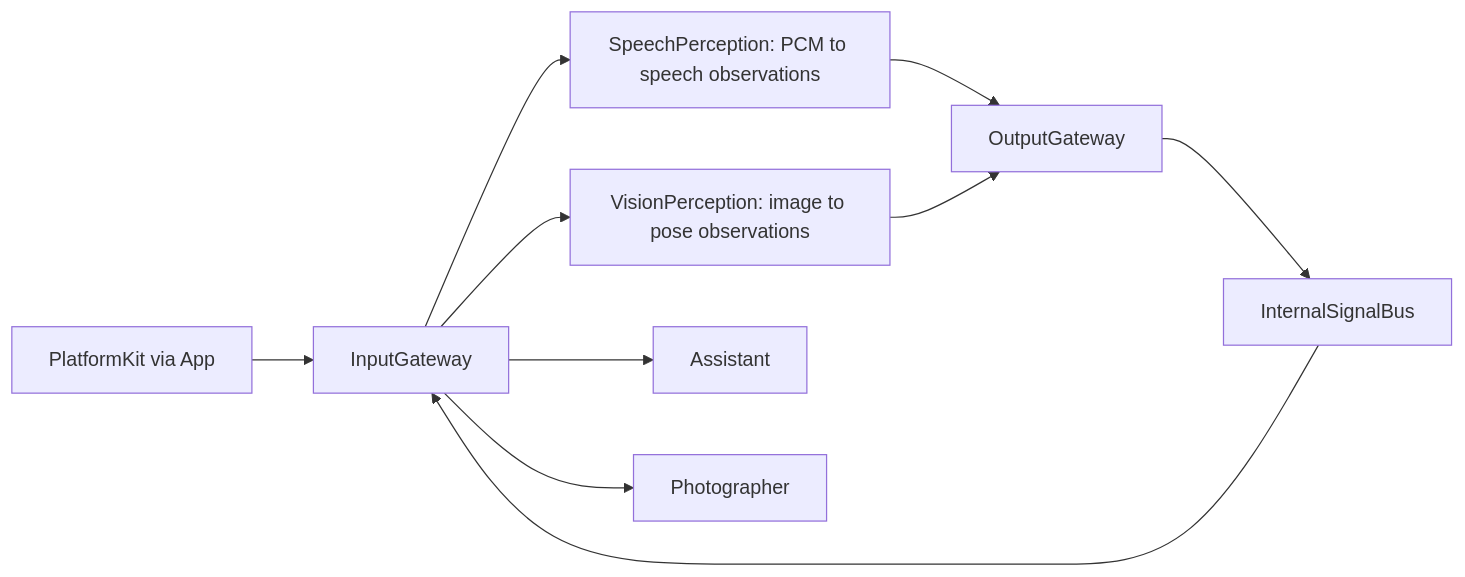
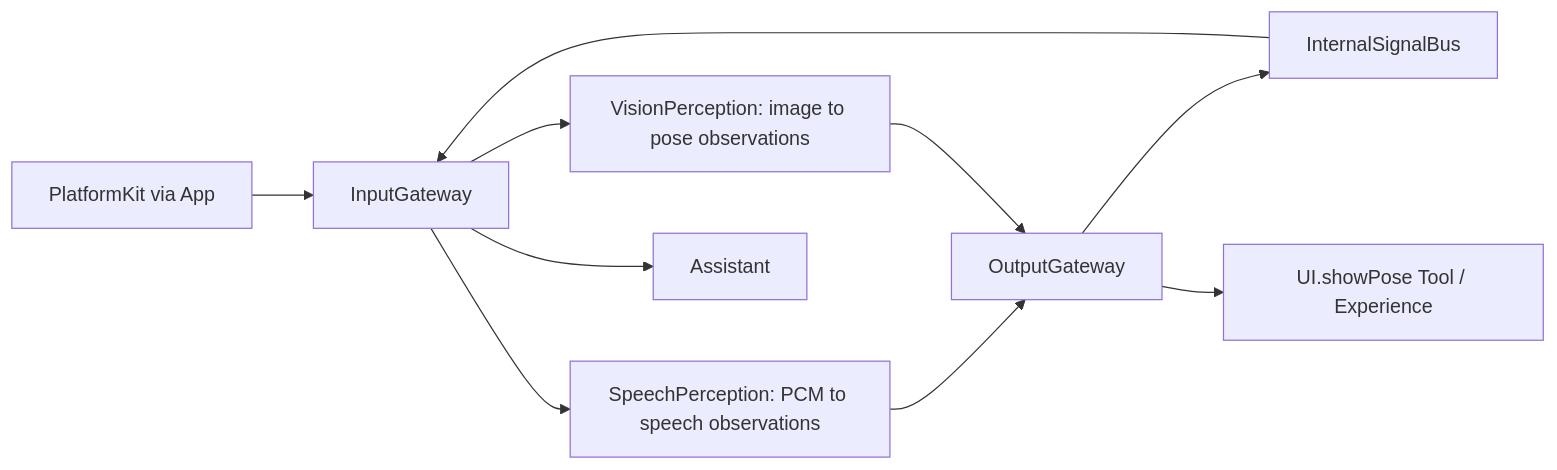
Before and after one commit to devilyouwei/MobileHarness: the second of 9 diagrams in MobileHarness/README.md, drawn with Mermaid. The commit also changed other lines of this file and 63 other files, not shown here.

````diff
--- a/MobileHarness/README.md
+++ b/MobileHarness/README.md
@@ -111,12 +126,12 @@
 ```mermaid
 flowchart LR
     Platform[PlatformKit via App] --> InputGateway
     InputGateway --> Speech[SpeechPerception: PCM to speech observations]
     InputGateway --> Vision[VisionPerception: image to pose observations]
     Speech --> OutputGateway
     Vision --> OutputGateway
     OutputGateway --> Bus[InternalSignalBus]
     Bus --> InputGateway
     InputGateway --> Assistant
-    InputGateway --> Photographer
+    OutputGateway --> Skeleton[UI.showPose Tool / Experience]
 ```
````
